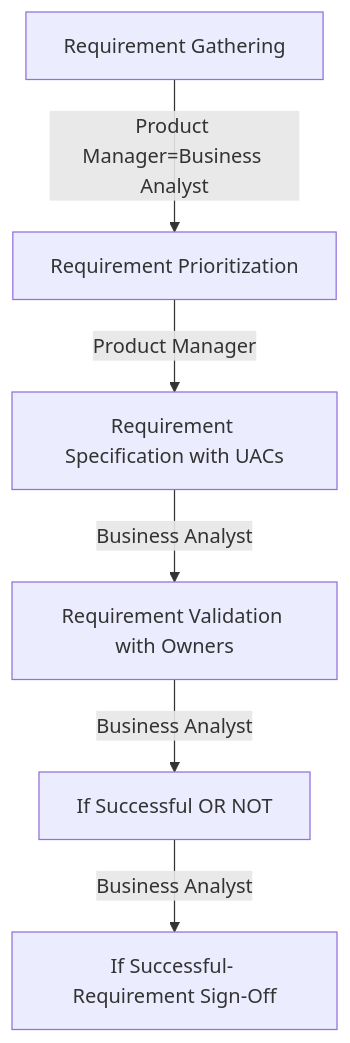
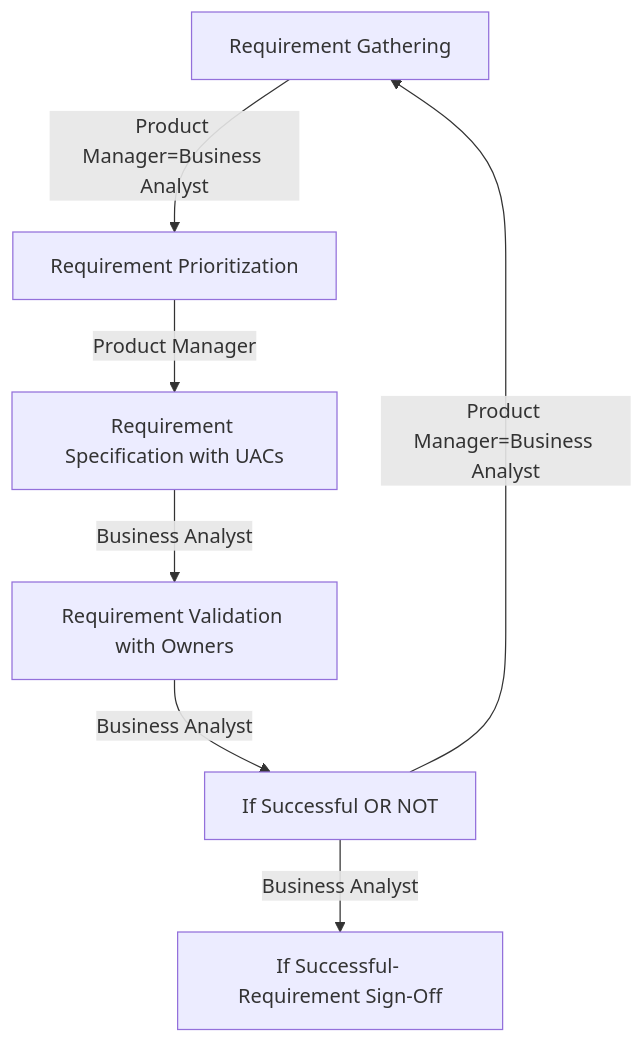
One commit to utpal-maiti/utpal-maiti changed the second of 2 diagrams in InterviewQuestionsAnswers/SDLC/README.md. Above: the diagram before and after it, drawn with Mermaid.

````diff
--- a/InterviewQuestionsAnswers/SDLC/README.md
+++ b/InterviewQuestionsAnswers/SDLC/README.md
@@ -23,10 +23,11 @@
 ```mermaid
 flowchart TD
     1[Requirement Gathering] -->|   Product Manager=Business Analyst     | 2[Requirement Prioritization]
     2[Requirement Prioritization] -->|  Product Manager   | 3[Requirement Specification with UACs]
     3[Requirement Specification with UACs] -->| Business Analyst | 4[Requirement Validation with Owners]
     4[Requirement Validation with Owners] -->| Business Analyst | 5[If Successful]
     5[If Successful OR NOT] -->|   Business Analyst          | 6[If Successful- Requirement Sign-Off]
-   
+    5[If Successful OR NOT] -->|  Product Manager=Business Analyst          | 1[Requirement Gathering]
+
 
 ```
````
